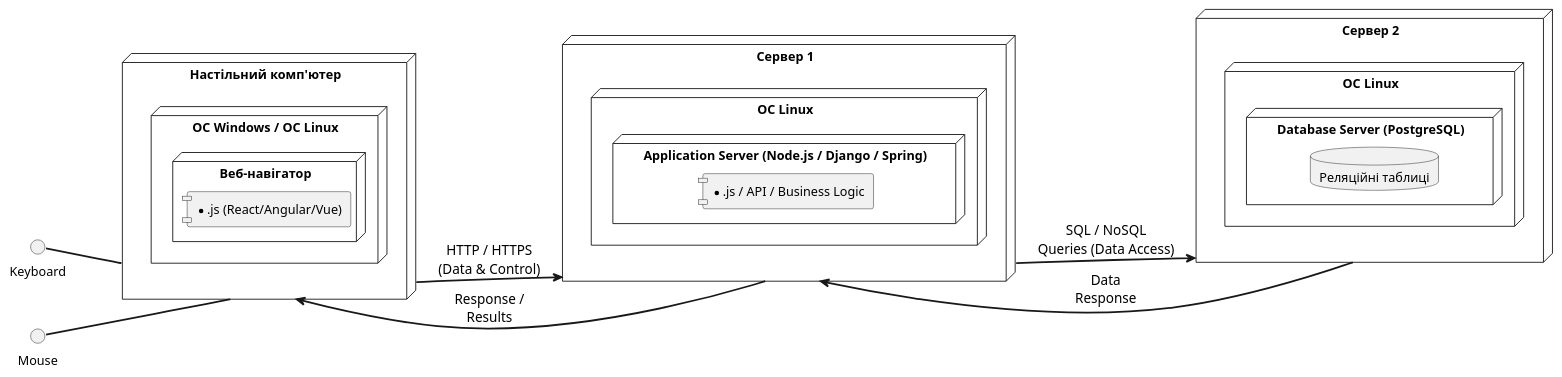
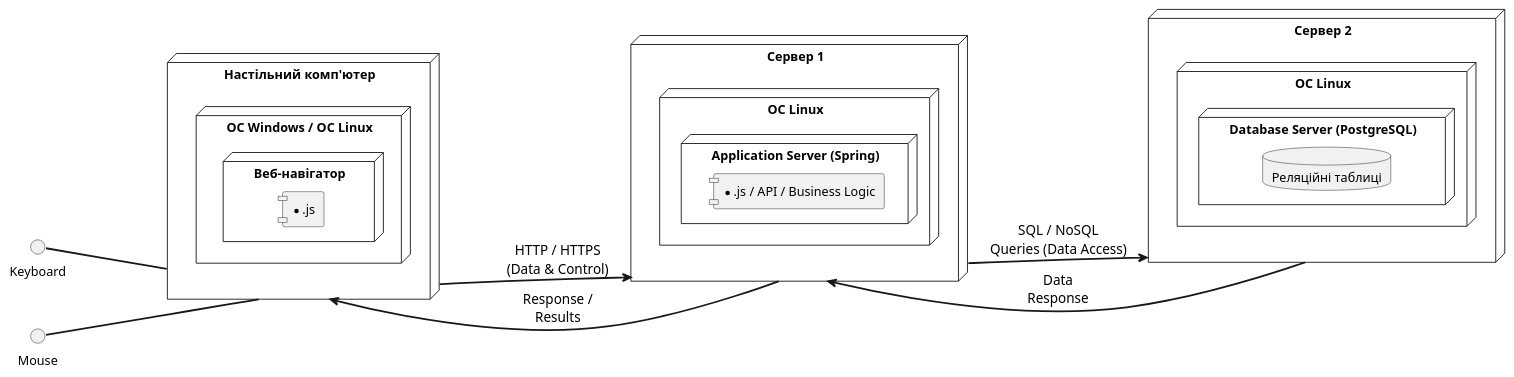
The diagram in UML-Deployment.puml (Liudmyla11/lab2), drawn with PlantUML before and after one commit.

```diff
--- a/UML-Deployment.puml
+++ b/UML-Deployment.puml
@@ -1,43 +1,43 @@
 @startuml
 left to right direction
 skinparam ArrowFontSize 15
 skinparam ArrowFontColor Black
 skinparam ArrowThickness 2
 skinparam componentStyle uml1
 
 node "Настільний комп'ютер" as Desktop {
   node "OC Windows / OC Linux" as OS_Desktop {
     node "Веб-навігатор" as Browser {
-      component [*.js (React/Angular/Vue)]
+      component [*.js]
     }
   }
 }
 
 interface Keyboard 
 
 interface Mouse 
 
   Keyboard -- Desktop
   Mouse -- Desktop
 
 node "Сервер 1" as Server1 {
   node "OC Linux" as OS_Server1 {
-    node "Application Server (Node.js / Django / Spring)" as AppServer {
+    node "Application Server (Spring)" as AppServer {
        component [*.js / API / Business Logic]
     }
   }
 }
 
 node "Сервер 2" as Server2 {
   node "OC Linux" as OS_Server2 {
     node "Database Server (PostgreSQL)" as DBServer {
        database "Реляційні таблиці"
     }
   }
 }
 
 Desktop --> Server1 : HTTP / HTTPS\n(Data & Control)
 Server1 --> Server2 : SQL / NoSQL\nQueries (Data Access)
 Server2 --> Server1 : Data\nResponse
 Server1 --> Desktop : Response /\nResults
 @enduml
```
